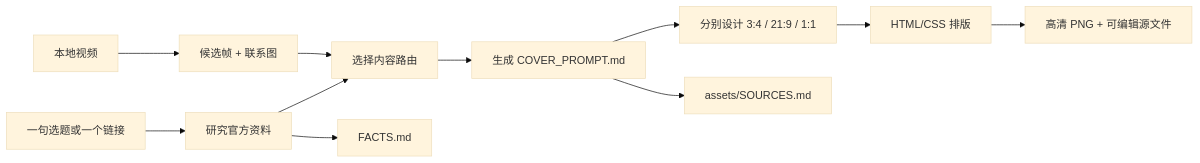
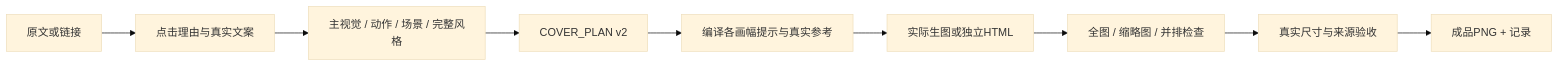
Before and after one commit to siuserxiaowei/generate-xiaowei-covers: the diagram in README.md, drawn with Mermaid (base theme). The commit also changed other lines of this file and 45 other files, not shown here.

````diff
--- a/README.md
+++ b/README.md
@@ -135,13 +87,11 @@
 ```mermaid
 flowchart LR
-    A[一句选题或一个链接] --> B[研究官方资料]
-    V[本地视频] --> VF[候选帧 + 联系图]
-    VF --> C
-    B --> C[选择内容路由]
-    C --> D[生成 COVER_PROMPT.md]
-    D --> E[分别设计 3:4 / 21:9 / 1:1]
-    E --> F[HTML/CSS 排版]
-    F --> G[高清 PNG + 可编辑源文件]
-    B --> H[FACTS.md]
-    D --> I[assets/SOURCES.md]
+    A[原文或链接] --> B[点击理由与真实文案]
+    B --> C[主视觉 / 动作 / 场景 / 完整风格]
+    C --> D[COVER_PLAN v2]
+    D --> E[编译各画幅提示与真实参考]
+    E --> F[实际生图或独立HTML]
+    F --> G[全图 / 缩略图 / 并排检查]
+    G --> H[真实尺寸与来源验收]
+    H --> I[成品PNG + 记录]
 ```
````
